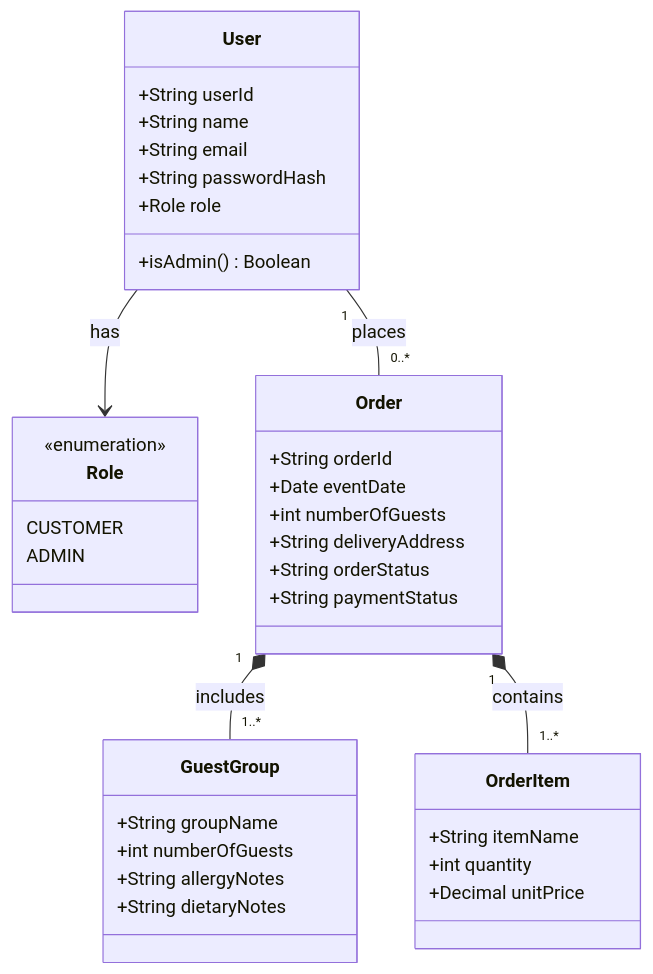
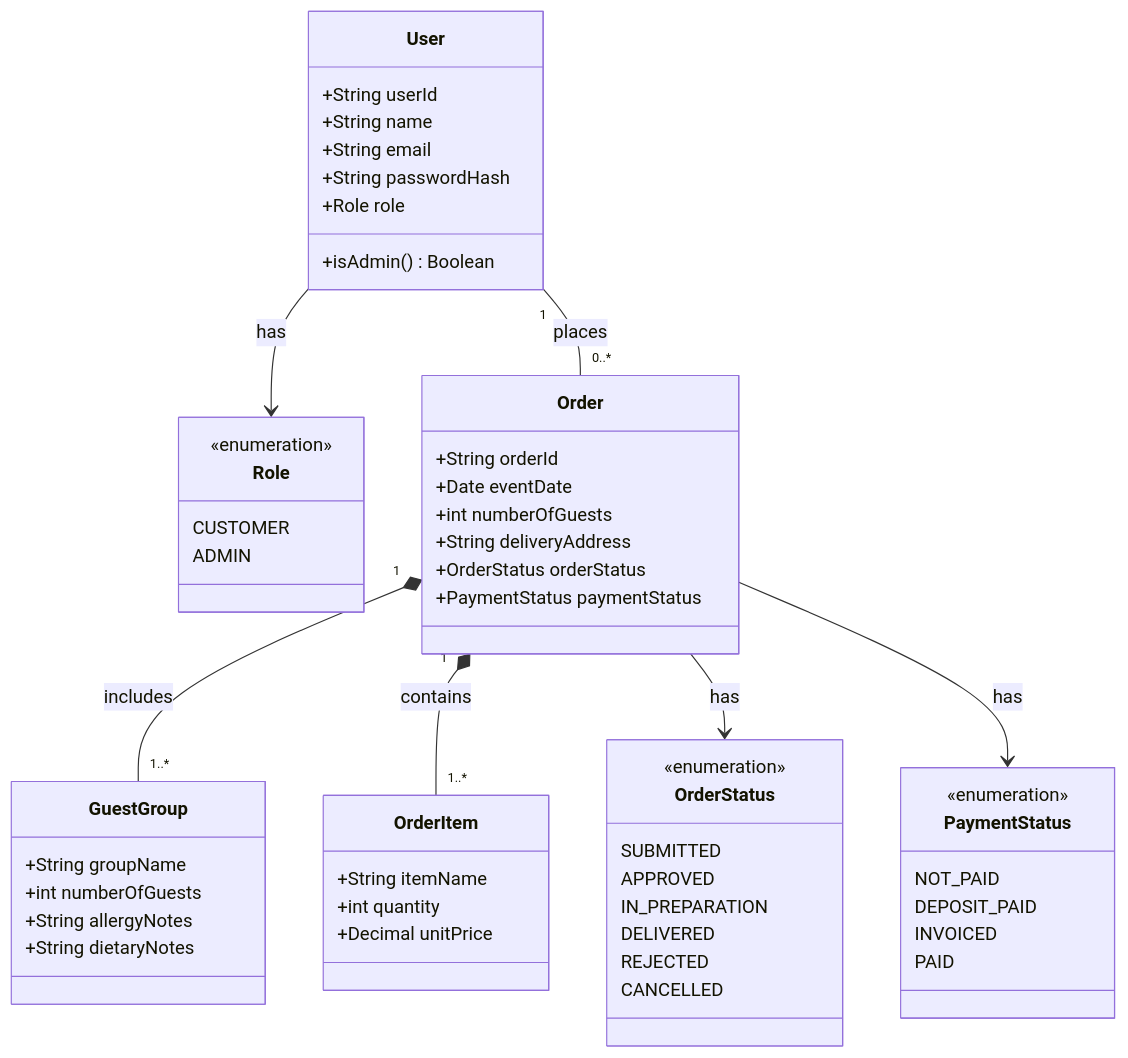
Before and after one commit to vikri8772/assignment4: the diagram in docs/plans/domain-orders-class.md, drawn with Mermaid.

````diff
--- a/docs/plans/domain-orders-class.md
+++ b/docs/plans/domain-orders-class.md
@@ -1,47 +1,67 @@
 ```mermaid
 classDiagram
     direction TB
 
     class User {
         +String userId
         +String name
         +String email
         +String passwordHash
         +Role role
         +isAdmin() Boolean
     }
 
     class Role {
         <<enumeration>>
         CUSTOMER
         ADMIN
     }
 
+    class OrderStatus {
+            <<enumeration>>
+            SUBMITTED
+            APPROVED
+            IN_PREPARATION
+            DELIVERED
+            REJECTED
+            CANCELLED
+        }
+    
+    class PaymentStatus {
+            <<enumeration>>
+            NOT_PAID
+            DEPOSIT_PAID
+            INVOICED
+            PAID
+        }
+
     class Order {
         +String orderId
         +Date eventDate
         +int numberOfGuests
         +String deliveryAddress
-        +String orderStatus
-        +String paymentStatus
+        +OrderStatus orderStatus
+        +PaymentStatus paymentStatus
     }
 
     class GuestGroup {
         +String groupName
         +int numberOfGuests
         +String allergyNotes
         +String dietaryNotes
     }
 
     class OrderItem {
         +String itemName
         +int quantity
         +Decimal unitPrice
     }
 
     User --> Role : has
     User "1" -- "0..*" Order : places
     Order "1" *-- "1..*" GuestGroup : includes
     Order "1" *-- "1..*" OrderItem : contains
+    Order --> OrderStatus : has
+    Order --> PaymentStatus : has
 
 ```
````
